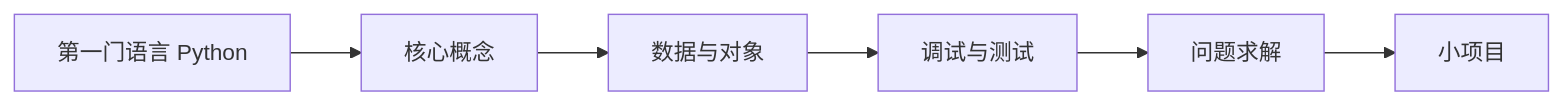
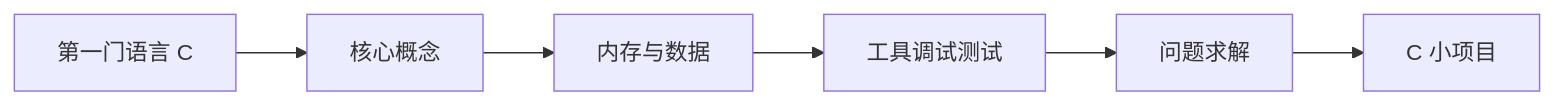
The diagram in topics/programming-basics/README.md (huangyongliang/tech-notes), drawn with Mermaid before and after one commit. The commit also changed other lines of this file and 20 other files, not shown here.

````diff
--- a/topics/programming-basics/README.md
+++ b/topics/programming-basics/README.md
@@ -9,5 +9,5 @@
 ```mermaid
 flowchart LR
-  A[第一门语言 Python] --> B[核心概念] --> C[数据与对象]
-  C --> D[调试与测试] --> E[问题求解] --> F[小项目]
+  A[第一门语言 C] --> B[核心概念] --> C[内存与数据]
+  C --> D[工具调试测试] --> E[问题求解] --> F[C 小项目]
 ```
````
